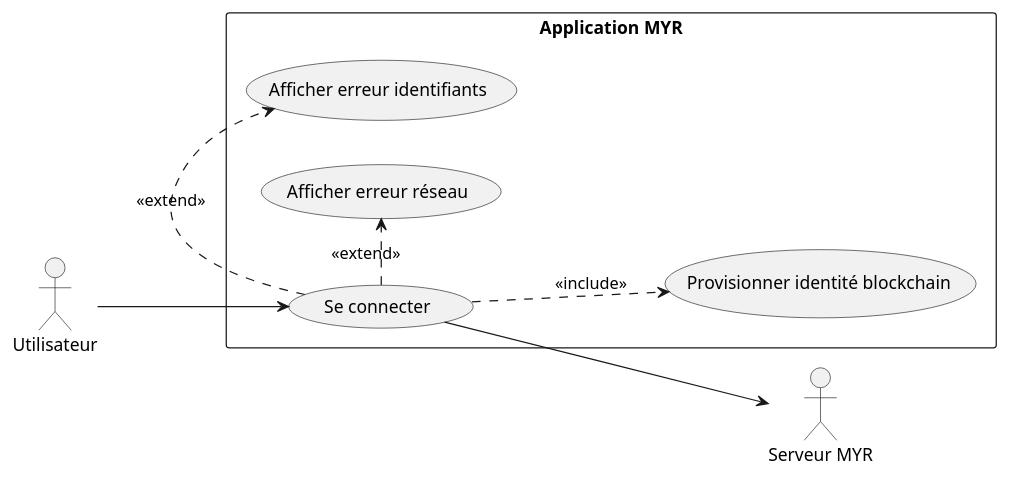
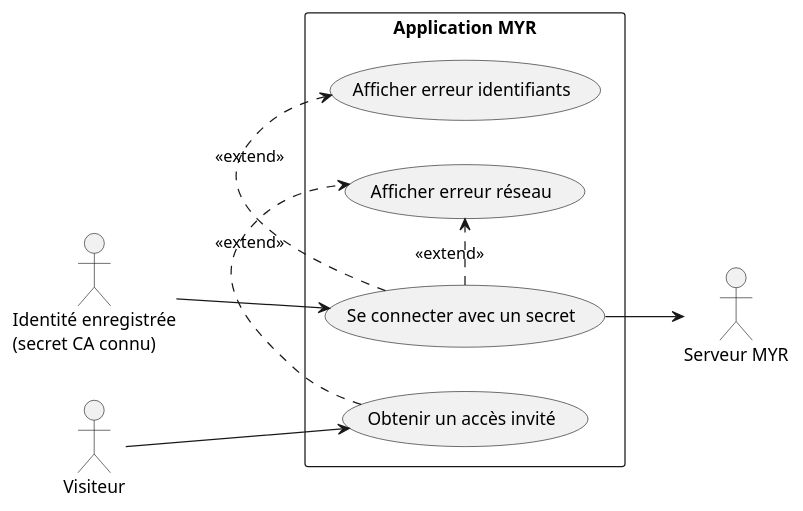
Before and after one commit to olivaux/myr: the first of 2 diagrams in specs/1-Expression/UCA-Compte_et_Acces/UCA02.md, drawn with PlantUML. The commit also changed other lines of this file and 65 other files, not shown here.

````diff
--- a/specs/1-Expression/UCA-Compte_et_Acces/UCA02.md
+++ b/specs/1-Expression/UCA-Compte_et_Acces/UCA02.md
@@ -14,22 +14,24 @@
 ```plantuml
 @startuml
 left to right direction
 
-actor "Utilisateur" as U
+actor "Identité enregistrée\n(secret CA connu)" as U
+actor "Visiteur" as V
 actor "Serveur MYR" as SRV
 
 rectangle "Application MYR" {
-    usecase "Se connecter" as UC1
-    usecase "Provisionner identité blockchain" as UC2
+    usecase "Se connecter avec un secret" as UC1
+    usecase "Obtenir un accès invité" as UC2
     usecase "Afficher erreur identifiants" as UC3
     usecase "Afficher erreur réseau" as UC4
 }
 
 U --> UC1
+V --> UC2
 UC1 --> SRV
-UC1 ..> UC2 : <<include>>
 UC1 .> UC3 : <<extend>>
 UC1 .> UC4 : <<extend>>
+UC2 .> UC4 : <<extend>>
 
 @enduml
 ```
````
